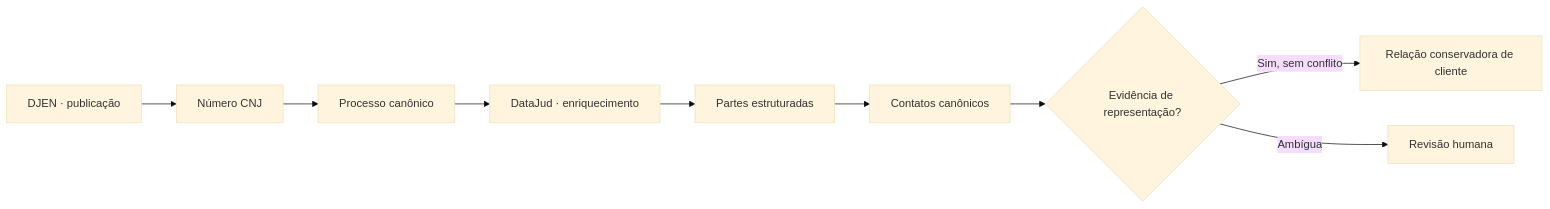
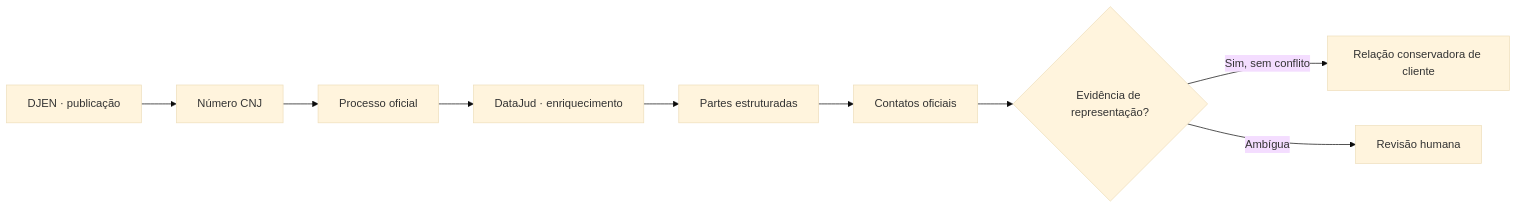
The fourth of 6 diagrams in docs/ARCHITECTURE.md (ricarossetto/Atrium-Senda), drawn with Mermaid (base theme) before and after one commit. The commit also changed other lines of this file and 1402 other files, not shown here.

````diff
--- a/docs/ARCHITECTURE.md
+++ b/docs/ARCHITECTURE.md
@@ -94,11 +94,11 @@
 ```mermaid
 flowchart LR
     DJEN[DJEN · publicação] --> CNJ[Número CNJ]
-    CNJ --> Process[Processo canônico]
+    CNJ --> Process[Processo oficial]
     Process --> DataJud[DataJud · enriquecimento]
     DataJud --> Parties[Partes estruturadas]
-    Parties --> Contacts[Contatos canônicos]
+    Parties --> Contacts[Contatos oficiais]
     Contacts --> Review{Evidência de representação?}
     Review -->|Sim, sem conflito| Client[Relação conservadora de cliente]
     Review -->|Ambígua| Human[Revisão humana]
 ```
````
